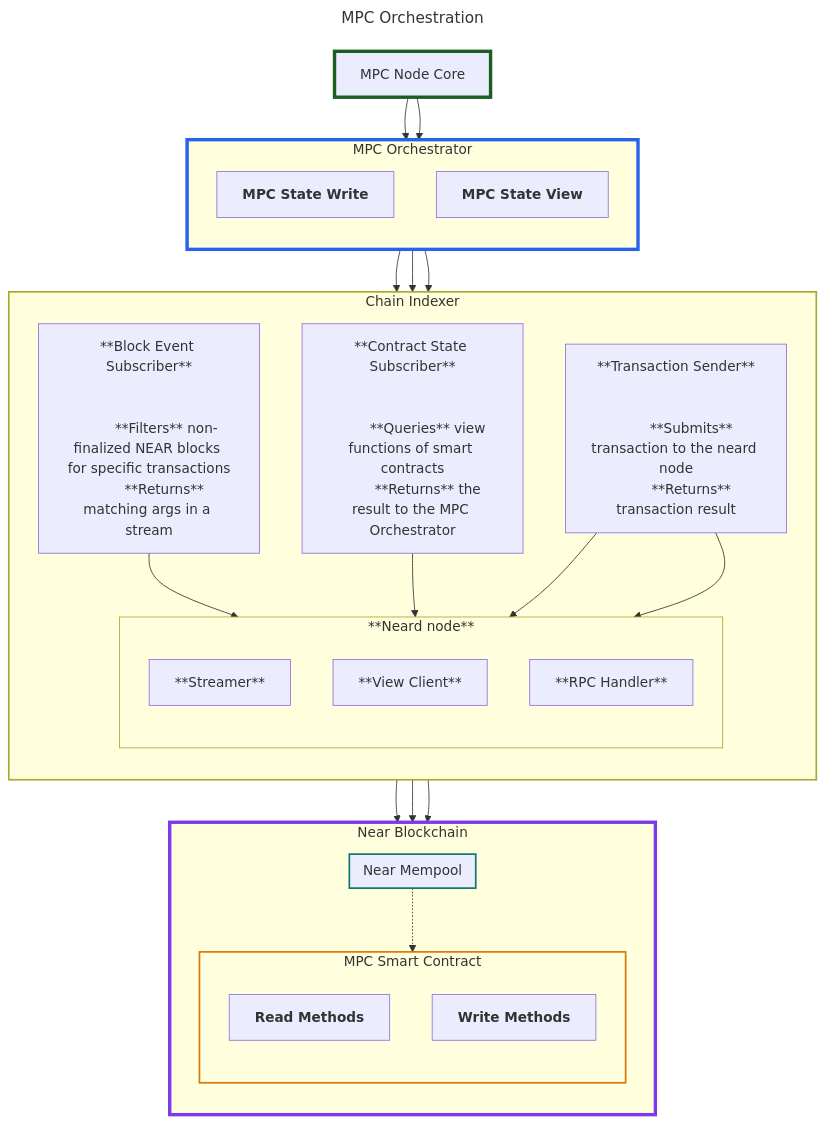
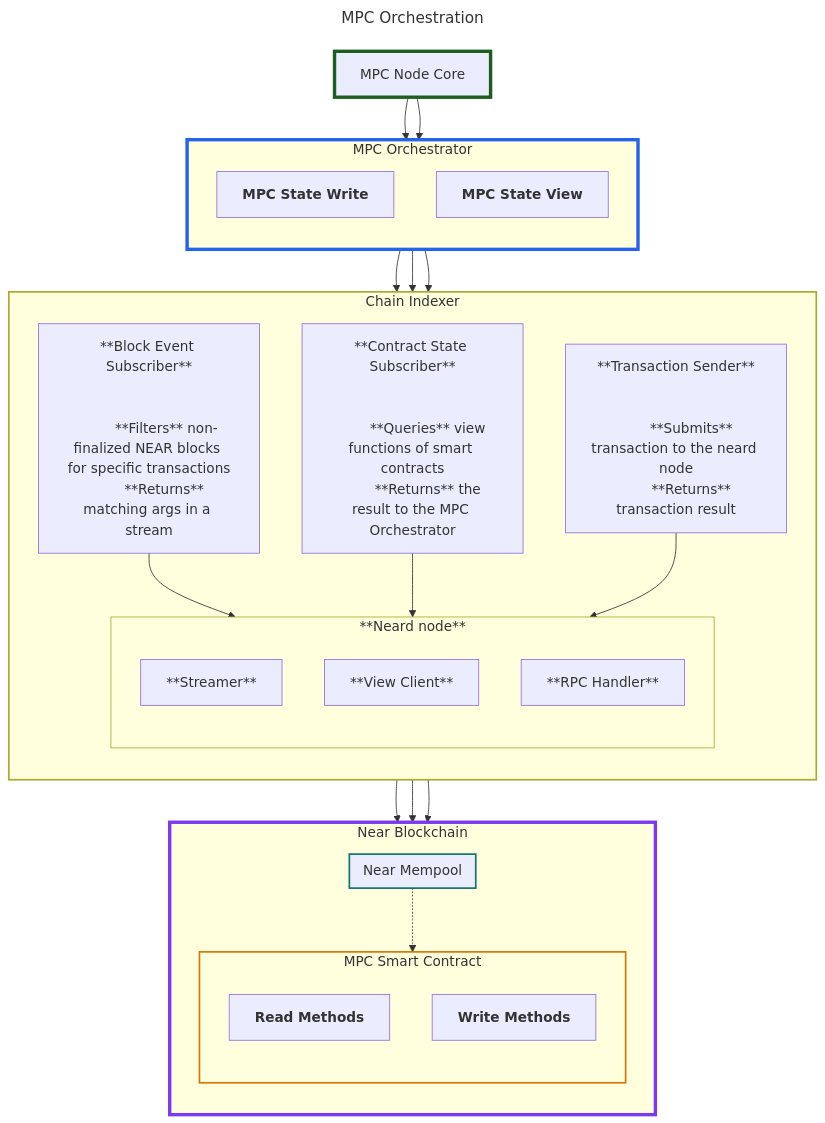
One commit to near/mpc changed the second of 3 diagrams in docs/indexer-design.md. Above: the diagram before and after it, drawn with Mermaid.

```diff
--- a/docs/indexer-design.md
+++ b/docs/indexer-design.md
@@ -283,10 +283,6 @@
     direction TB
     
     subgraph MEMPOOL[Near Mempool]
-        %%direction LR
-        %%STREAMER[
-        %%<b>Near Block Stream</b>
-        %%]
     end
 
     subgraph CONTRACT[MPC Smart Contract]
@@ -311,27 +307,15 @@
 
 %% Orchestrator --> Chain Indexer
 VIEW --> CONTRACT_STATE_VIEWER
-%%CONTRACT_STATE_VIEWER --> CONTRACT_VIEW
+VIEW --> TX_SUBSCRIBER
+WRITE --> TX_SENDER
 
-VIEW --> TX_SUBSCRIBER
+%% Chain Indexer --> Neard Node
 TX_SUBSCRIBER --> BLOCK_STREAMER
-
-%%|Monitor Blocks for<br/>Signature & CKD Requests| STREAMER
-WRITE --> TX_SENDER
-%%TX_SENDER --> CONTRACT_WRITE
-
-%% Chain Indexer --> Neard
 CONTRACT_STATE_VIEWER --> VIEW_CLIENT
-
 TX_SENDER --> RPC_HANDLER
-TX_SENDER --> VIEW_CLIENT
-
-%%TX_SENDER --> BLOCK_STREAMER
-
 
 %% Neard --> Smart Contract
-
-%%RPC_HANDLER --> NEAR
 RPC_HANDLER --> MEMPOOL
 MEMPOOL -.-> CONTRACT_WRITE
 VIEW_CLIENT --> CONTRACT_VIEW
```
